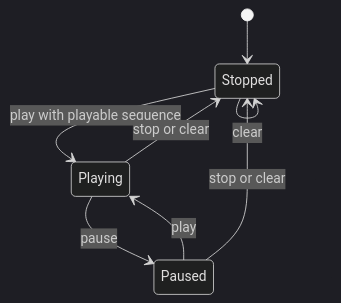
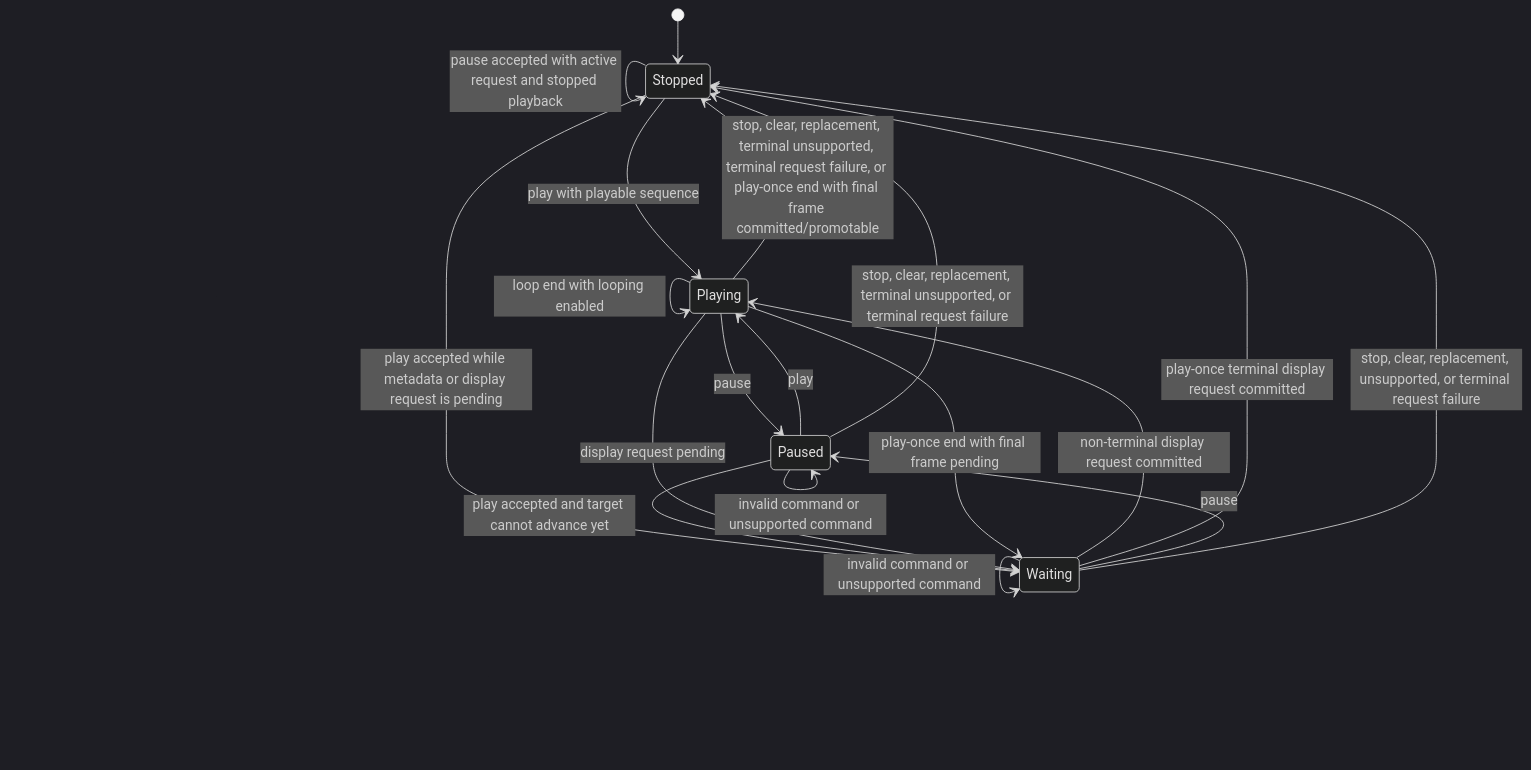
One commit to hnjae/kiriview changed the diagram in docs/architecture/playback-state-machine.md. Above: the diagram before and after it, drawn with Mermaid (dark theme). The commit also changed other lines of this file and 8 other files, not shown here.

````diff
--- a/docs/architecture/playback-state-machine.md
+++ b/docs/architecture/playback-state-machine.md
@@ -5,10 +5,23 @@
 ```mermaid
 stateDiagram-v2
     [*] --> Stopped
     Stopped --> Playing: play with playable sequence
+    Stopped --> Waiting: play accepted while metadata or display request is pending
     Playing --> Paused: pause
     Paused --> Playing: play
-    Playing --> Stopped: stop or clear
-    Paused --> Stopped: stop or clear
-    Stopped --> Stopped: clear
+    Paused --> Waiting: play accepted and target cannot advance yet
+    Playing --> Waiting: display request pending
+    Waiting --> Playing: non-terminal display request committed
+    Waiting --> Stopped: play-once terminal display request committed
+    Waiting --> Paused: pause
+    Waiting --> Stopped: stop, clear, replacement, unsupported, or terminal request failure
+    Playing --> Waiting: play-once end with final frame pending
+    Playing --> Stopped: stop, clear, replacement, terminal unsupported, terminal request failure, or play-once end with final frame committed/promotable
+    Paused --> Stopped: stop, clear, replacement, terminal unsupported, or terminal request failure
+    Stopped --> Stopped: clear, invalid command, or unsupported command
+    Stopped --> Stopped: pause accepted with active request and stopped playback
+    Playing --> Playing: invalid command or unsupported command
+    Waiting --> Waiting: invalid command or unsupported command
+    Paused --> Paused: invalid command or unsupported command
+    Playing --> Playing: loop end with looping enabled
 ```
````
